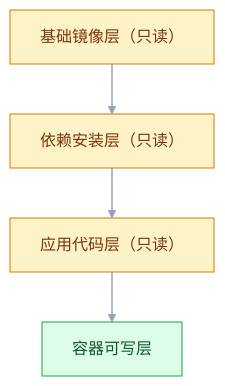
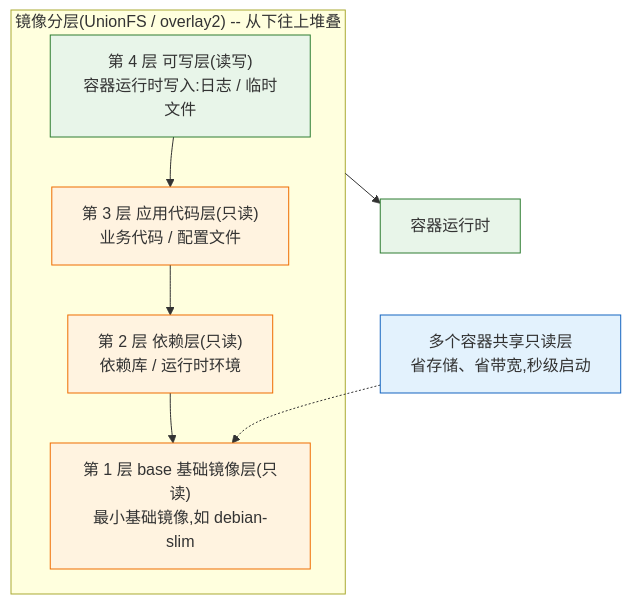
The fourth of 6 diagrams in blog/src/notes/07-运维/03-容器与编排/02-Docker容器引擎.md (jimbosuper/studynotes), drawn with Mermaid before and after one commit. The commit also changed other lines of this file and 367 other files, not shown here.

````diff
--- a/blog/src/notes/07-运维/03-容器与编排/02-Docker容器引擎.md
+++ b/blog/src/notes/07-运维/03-容器与编排/02-Docker容器引擎.md
@@ -533,13 +264,18 @@
 ```mermaid
 flowchart TD
-    classDef data fill:#FEF3C7,stroke:#D97706,color:#78350F
-    classDef service fill:#DCFCE7,stroke:#16A34A,color:#14532D
-
-    L1["基础镜像层（只读）"]:::data
-    L2["依赖安装层（只读）"]:::data
-    L3["应用代码层（只读）"]:::data
-    W["容器可写层"]:::service
-
-    L1 --> L2 --> L3 --> W
-    linkStyle default stroke:#94A3B8,stroke-width:1.5px
+    subgraph IMG["镜像分层(UnionFS / overlay2) -- 从下往上堆叠"]
+        RW["第 4 层 可写层(读写)<br/>容器运行时写入:日志 / 临时文件"]
+        L3["第 3 层 应用代码层(只读)<br/>业务代码 / 配置文件"]
+        L2["第 2 层 依赖层(只读)<br/>依赖库 / 运行时环境"]
+        L1["第 1 层 base 基础镜像层(只读)<br/>最小基础镜像,如 debian-slim"]
+        RW --> L3 --> L2 --> L1
+    end
+    IMG --> CTR["容器运行时"]
+    SHARE["多个容器共享只读层<br/>省存储、省带宽,秒级启动"] -.-> L1
+    classDef image fill:#fff3e0,stroke:#ef6c00;
+    classDef engine fill:#e8f5e9,stroke:#2e7d32;
+    classDef client fill:#e3f2fd,stroke:#1565c0;
+    class L1,L2,L3 image
+    class RW,CTR engine
+    class SHARE client
 ```
````
